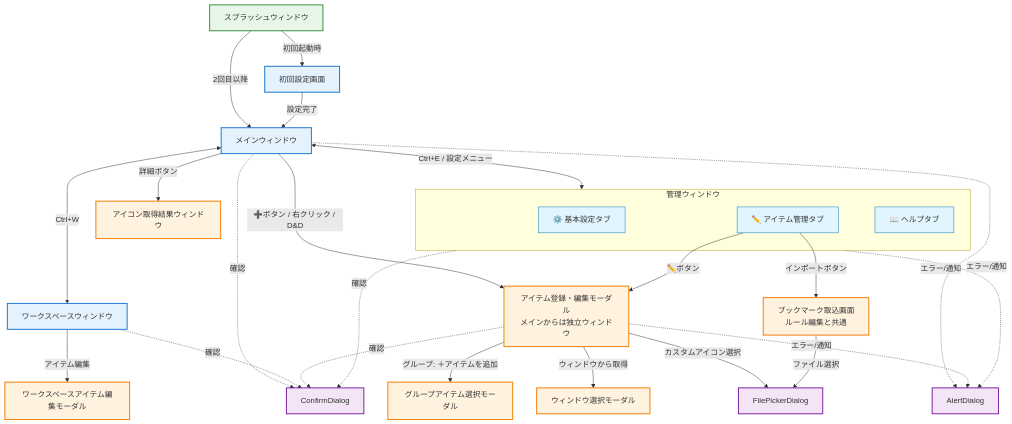
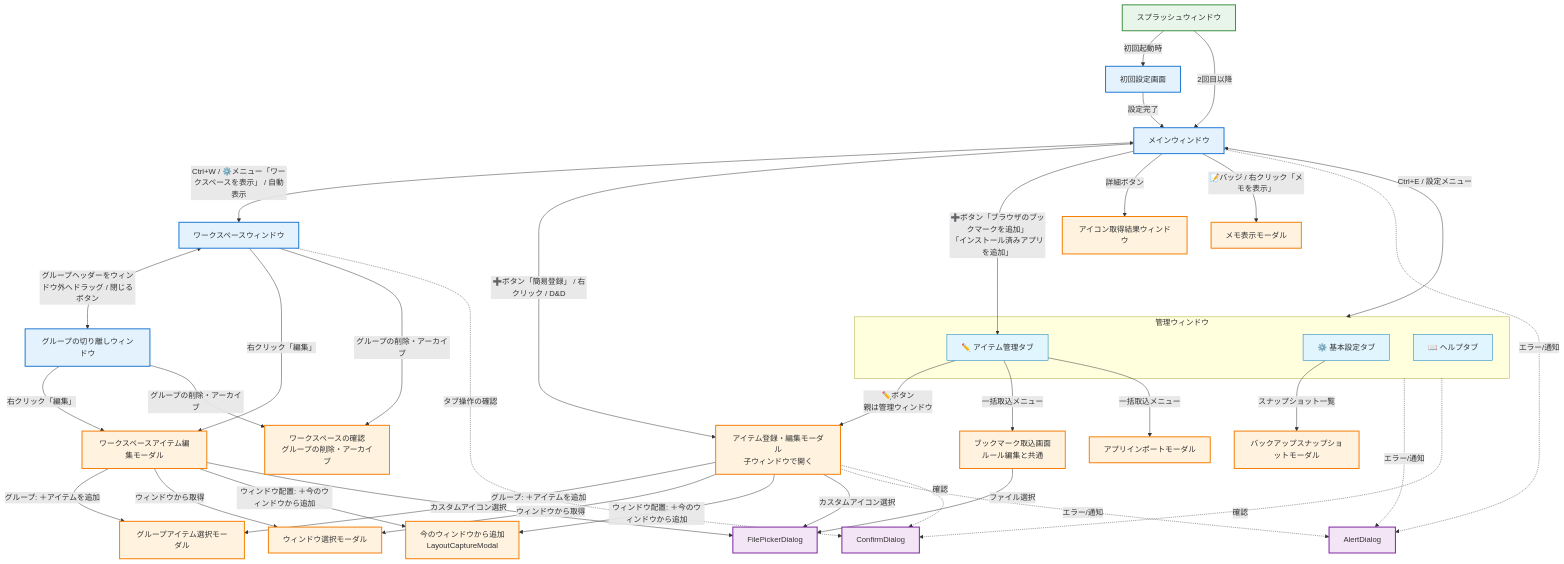
One commit to masaodev/quick-dash-launcher changed the diagram in docs/screens/screen-transitions.md. Above: the diagram before and after it, drawn with Mermaid. The commit also changed other lines of this file and 35 other files, not shown here.

````diff
--- a/docs/screens/screen-transitions.md
+++ b/docs/screens/screen-transitions.md
@@ -11,6 +11,7 @@
     FirstLaunch[初回設定画面]
     Main[メインウィンドウ]
     Workspace[ワークスペースウィンドウ]
+    Detached[グループの切り離しウィンドウ]
 
     %% 管理ウィンドウ（タブ別）
     subgraph AdminWindow[管理ウィンドウ]
@@ -20,12 +21,17 @@
     end
 
     %% モーダル
-    Register[アイテム登録・編集モーダル<br/>メインからは独立ウィンドウ]
+    Register[アイテム登録・編集モーダル<br/>子ウィンドウで開く]
     BookmarkImport[ブックマーク取込画面<br/>ルール編集と共通]
     GroupSelect[グループアイテム選択モーダル]
     WindowSelect[ウィンドウ選択モーダル]
     IconProgress[アイコン取得結果ウィンドウ]
     WorkspaceItemEdit[ワークスペースアイテム編集モーダル]
+    WorkspaceConfirm[ワークスペースの確認<br/>グループの削除・アーカイブ]
+    AppImport[アプリインポートモーダル]
+    BackupSnapshot[バックアップスナップショットモーダル]
+    MemoView[メモ表示モーダル]
+    LayoutCapture[今のウィンドウから追加<br/>LayoutCaptureModal]
 
     %% ダイアログ
     FilePicker[FilePickerDialog]
@@ -39,31 +45,45 @@
 
     %% メインウィンドウの遷移
     Main <-->|Ctrl+E / 設定メニュー| AdminWindow
-    Main <-->|Ctrl+W| Workspace
-    Main -->|➕ボタン / 右クリック / D&D| Register
+    Main <-->|Ctrl+W / ⚙️メニュー「ワークスペースを表示」 / 自動表示| Workspace
+    Main -->|➕ボタン「簡易登録」 / 右クリック / D&D| Register
+    Main -->|➕ボタン「ブラウザのブックマークを追加」<br/>「インストール済みアプリを追加」| AdminItems
     Main -->|詳細ボタン| IconProgress
+    Main -->|📝バッジ / 右クリック「メモを表示」| MemoView
 
     %% 管理ウィンドウの遷移
-    AdminItems -->|✏️ボタン| Register
-    AdminItems -->|インポートボタン| BookmarkImport
+    AdminItems -->|✏️ボタン<br/>親は管理ウィンドウ| Register
+    AdminItems -->|一括取込メニュー| BookmarkImport
+    AdminItems -->|一括取込メニュー| AppImport
+    AdminSettings -->|スナップショット一覧| BackupSnapshot
 
     %% ワークスペースウィンドウの遷移
-    Workspace -->|アイテム編集| WorkspaceItemEdit
+    Workspace <-->|グループヘッダーをウィンドウ外へドラッグ / 閉じるボタン| Detached
+    Workspace -->|右クリック「編集」| WorkspaceItemEdit
+    Detached -->|右クリック「編集」| WorkspaceItemEdit
+    Workspace -->|グループの削除・アーカイブ| WorkspaceConfirm
+    Detached -->|グループの削除・アーカイブ| WorkspaceConfirm
 
     %% アイテム登録・編集モーダルの遷移
     Register -->|グループ: ＋アイテムを追加| GroupSelect
     Register -->|ウィンドウから取得| WindowSelect
+    Register -->|ウィンドウ配置: ＋今のウィンドウから追加| LayoutCapture
     Register -->|カスタムアイコン選択| FilePicker
+
+    %% ワークスペースアイテム編集モーダルの遷移
+    WorkspaceItemEdit -->|グループ: ＋アイテムを追加| GroupSelect
+    WorkspaceItemEdit -->|ウィンドウから取得| WindowSelect
+    WorkspaceItemEdit -->|ウィンドウ配置: ＋今のウィンドウから追加| LayoutCapture
+    WorkspaceItemEdit -->|カスタムアイコン選択| FilePicker
 
     %% ブックマークインポートモーダルの遷移
     BookmarkImport -->|ファイル選択| FilePicker
 
     %% 共通ダイアログの使用（破線で表示）
     Main -.->|エラー/通知| Alert
-    Main -.->|確認| Confirm
     AdminWindow -.->|エラー/通知| Alert
     AdminWindow -.->|確認| Confirm
-    Workspace -.->|確認| Confirm
+    Workspace -.->|タブ操作の確認| Confirm
     Register -.->|エラー/通知| Alert
     Register -.->|確認| Confirm
 
@@ -75,8 +95,8 @@
     classDef adminTab fill:#e1f5fe,stroke:#0277bd,stroke-width:1px
 
     class Splash splash
-    class FirstLaunch,Main,Workspace window
+    class FirstLaunch,Main,Workspace,Detached window
     class AdminSettings,AdminItems,AdminOther adminTab
-    class Register,BookmarkImport,GroupSelect,WindowSelect,IconProgress,WorkspaceItemEdit modal
+    class Register,BookmarkImport,GroupSelect,WindowSelect,IconProgress,WorkspaceItemEdit,WorkspaceConfirm,AppImport,BackupSnapshot,MemoView,LayoutCapture modal
     class FilePicker,Alert,Confirm dialog
 ```
````
